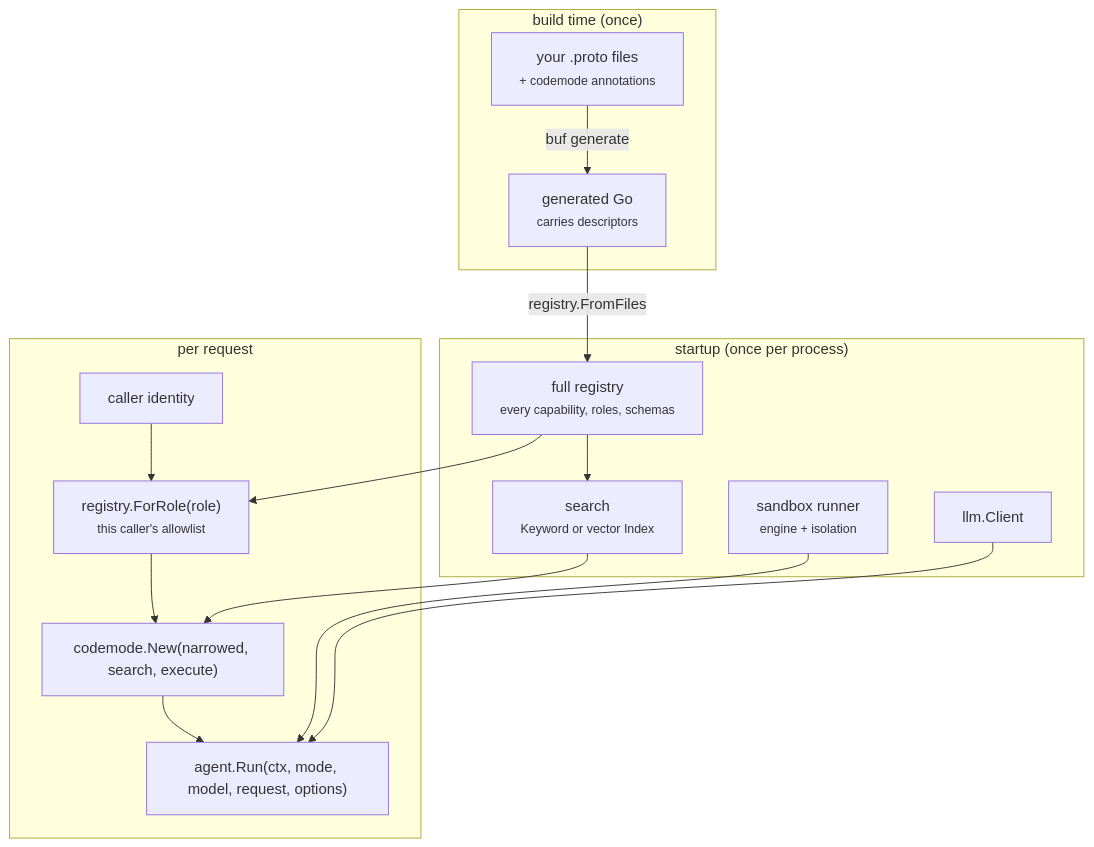
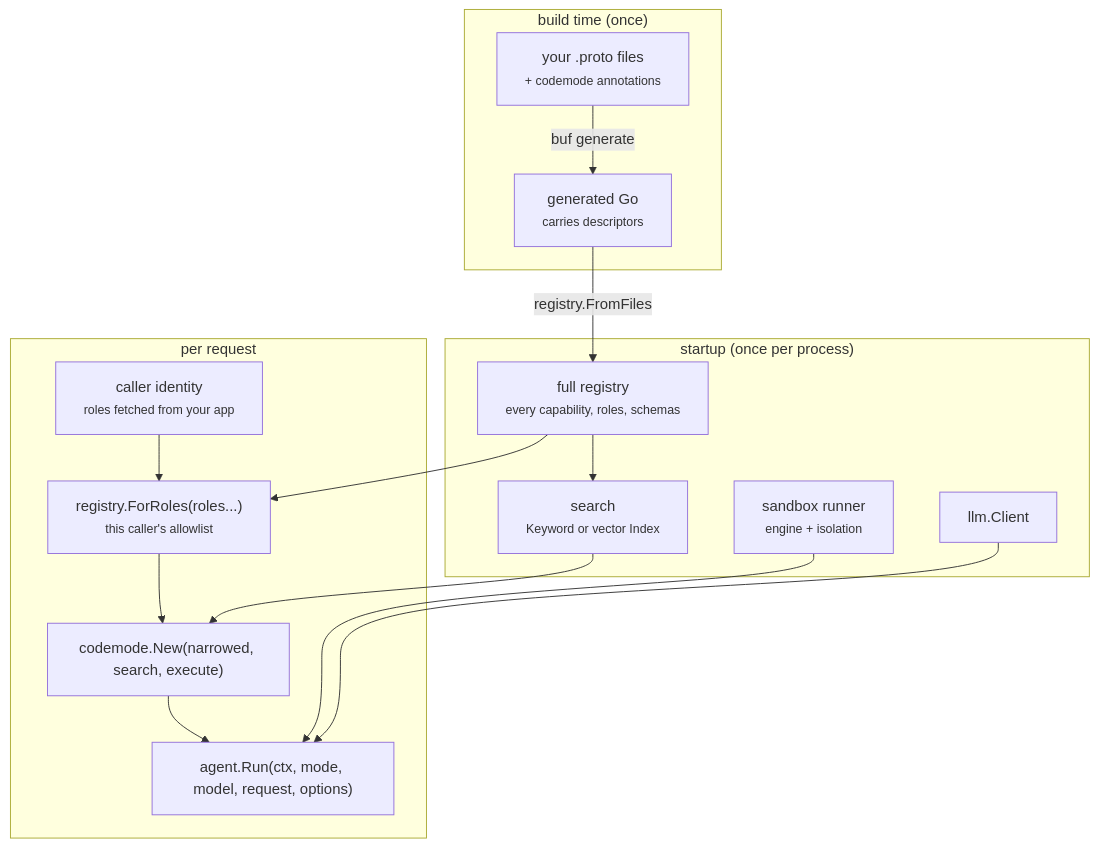
The second of 7 diagrams in docs/content/architecture.md (mukezhz/codemode), drawn with Mermaid before and after one commit. The commit also changed other lines of this file and 3 other files, not shown here.

````diff
--- a/docs/content/architecture.md
+++ b/docs/content/architecture.md
@@ -44,21 +44,21 @@
 ```mermaid
 flowchart TB
   subgraph build["build time (once)"]
     proto["your .proto files<br/><small>+ codemode annotations</small>"] -->|buf generate| gen["generated Go<br/><small>carries descriptors</small>"]
   end
   subgraph start["startup (once per process)"]
     gen -->|registry.FromFiles| full["full registry<br/><small>every capability, roles, schemas</small>"]
     full --> index["search<br/><small>Keyword or vector Index</small>"]
     runner["sandbox runner<br/><small>engine + isolation</small>"]
     model["llm.Client"]
   end
   subgraph request["per request"]
-    identity["caller identity"] --> narrowed["registry.ForRole(role)<br/><small>this caller's allowlist</small>"]
+    identity["caller identity<br/><small>roles fetched from your app</small>"] --> narrowed["registry.ForRoles(roles...)<br/><small>this caller's allowlist</small>"]
     full --> narrowed
     narrowed --> runtime["codemode.New(narrowed, search, execute)"]
     runtime --> run["agent.Run(ctx, mode, model, request, options)"]
   end
   index --> runtime
   runner --> run
   model --> run
 ```
````
